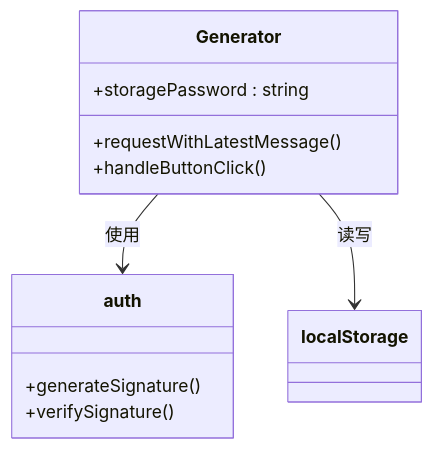
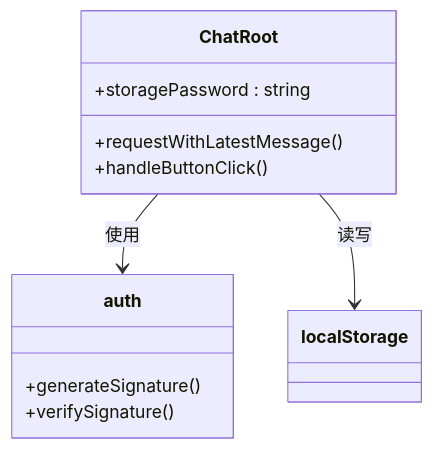
One commit to zfyime/chat-mini changed the third of 4 diagrams in .qoder/repowiki/zh/content/API接口文档/_api_auth 接口文档.md. Above: the diagram before and after it, drawn with Mermaid. The commit also changed other lines of this file and 52 other files, not shown here.

````diff
--- a/.qoder/repowiki/zh/content/API接口文档/_api_auth 接口文档.md
+++ b/.qoder/repowiki/zh/content/API接口文档/_api_auth 接口文档.md
@@ -141,14 +141,14 @@
 ```mermaid
 classDiagram
-class Generator {
+class ChatRoot {
 +storagePassword : string
 +requestWithLatestMessage()
 +handleButtonClick()
 }
 class auth {
 +generateSignature()
 +verifySignature()
 }
-Generator --> auth : 使用
-Generator --> localStorage : 读写
+ChatRoot --> auth : 使用
+ChatRoot --> localStorage : 读写
 ```
````
